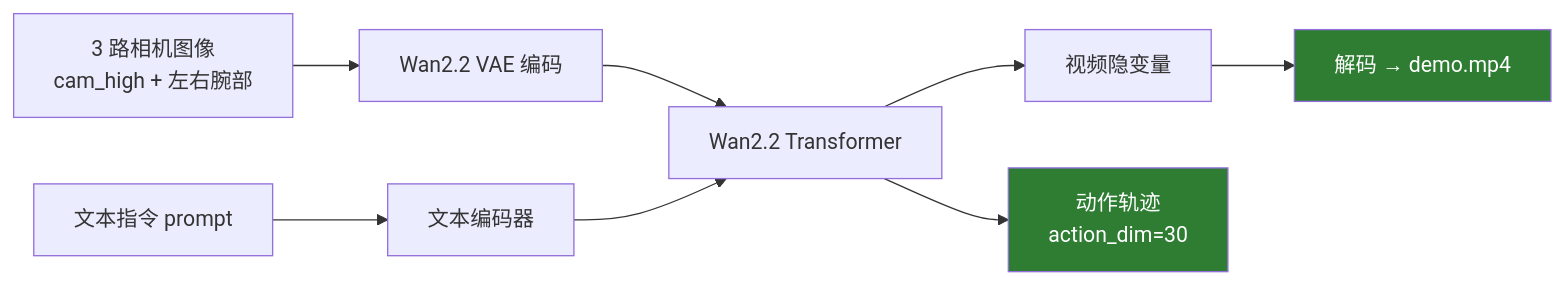
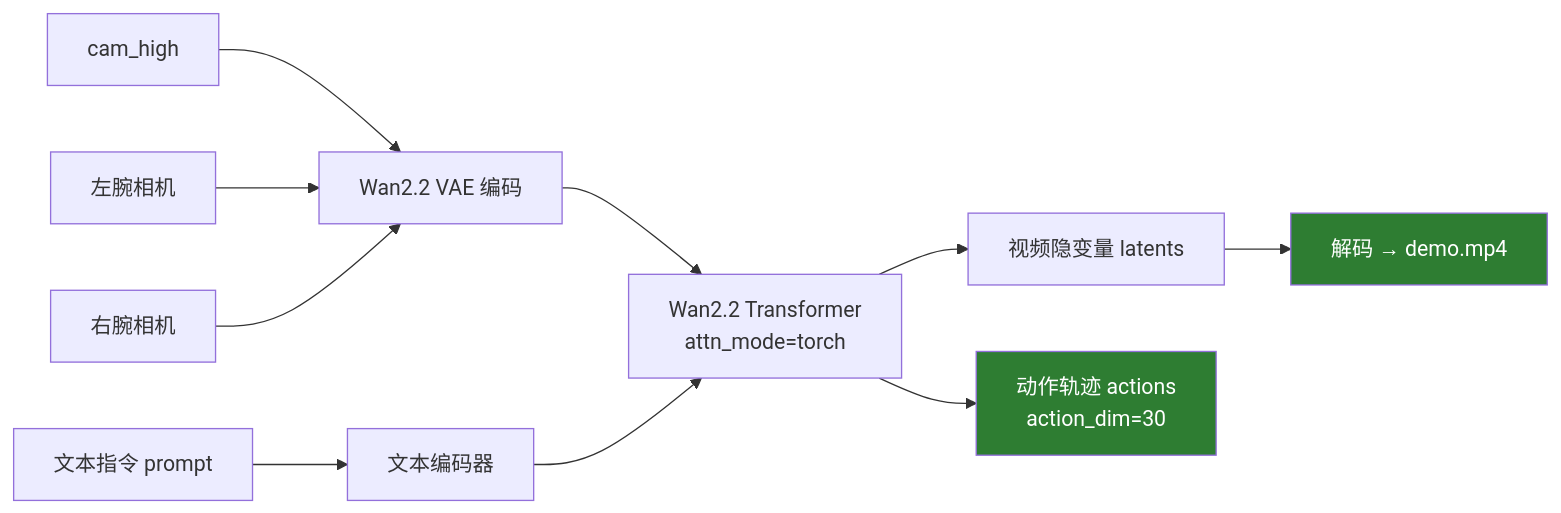
The third of 4 diagrams in LOCAL_DEPLOY_SUMMARY.md (mosensefred/lingbot-va-deploy), drawn with Mermaid before and after one commit. The commit also changed other lines of this file and 2 other files, not shown here.

Commit message:
docs: 扩充本地部署总结——新增时间线/FAQ/目录结构、动作热力图与16帧拼图

````diff
--- a/LOCAL_DEPLOY_SUMMARY.md
+++ b/LOCAL_DEPLOY_SUMMARY.md
@@ -52,12 +102,14 @@
 ```mermaid
 flowchart LR
-    A[3 路相机图像<br/>cam_high + 左右腕部] --> B[Wan2.2 VAE 编码]
-    T[文本指令 prompt] --> C[文本编码器]
-    B --> D[Wan2.2 Transformer]
-    C --> D
-    D --> V[视频隐变量]
-    D --> Ac[动作轨迹<br/>action_dim=30]
-    V --> M[解码 → demo.mp4]
+    I1[cam_high] --> V[Wan2.2 VAE 编码]
+    I2[左腕相机] --> V
+    I3[右腕相机] --> V
+    P[文本指令 prompt] --> T[文本编码器]
+    V --> D[Wan2.2 Transformer<br/>attn_mode=torch]
+    T --> D
+    D --> L[视频隐变量 latents]
+    D --> A[动作轨迹 actions<br/>action_dim=30]
+    L --> M[解码 → demo.mp4]
     style M fill:#2e7d32,color:#fff
-    style Ac fill:#2e7d32,color:#fff
+    style A fill:#2e7d32,color:#fff
 ```
````
